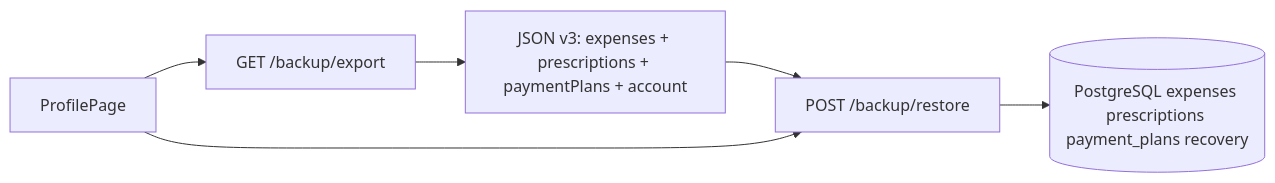
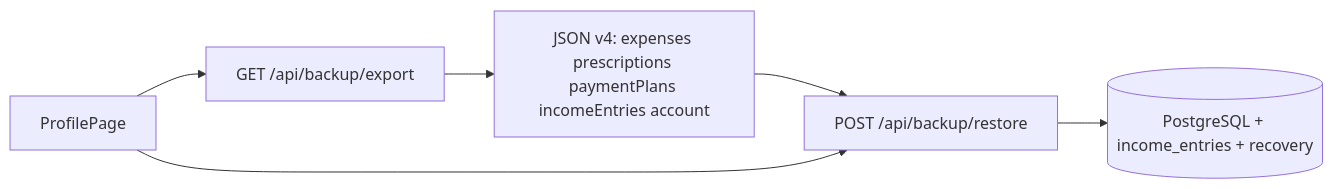
One commit to becomeonewiththecode/expense_tracker changed diagram 17 of 20 in docs/ARCHITECTURE_DIAGRAM.md. Above: the diagram before and after it, drawn with Mermaid. The commit also changed other lines of this file and 59 other files, not shown here.

````diff
--- a/docs/ARCHITECTURE_DIAGRAM.md
+++ b/docs/ARCHITECTURE_DIAGRAM.md
@@ -665,8 +696,8 @@
 ```mermaid
 flowchart LR
-  PR[ProfilePage] --> EXP["GET /backup/export"]
-  EXP --> FILE["JSON v3: expenses + prescriptions + paymentPlans + account"]
-  FILE --> RST["POST /backup/restore"]
-  RST --> PG[(PostgreSQL expenses prescriptions payment_plans recovery)]
+  PR[ProfilePage] --> EXP["GET /api/backup/export"]
+  EXP --> FILE["JSON v4: expenses prescriptions paymentPlans incomeEntries account"]
+  FILE --> RST["POST /api/backup/restore"]
+  RST --> PG[(PostgreSQL + income_entries + recovery)]
   PR --> RST
 ```
````
